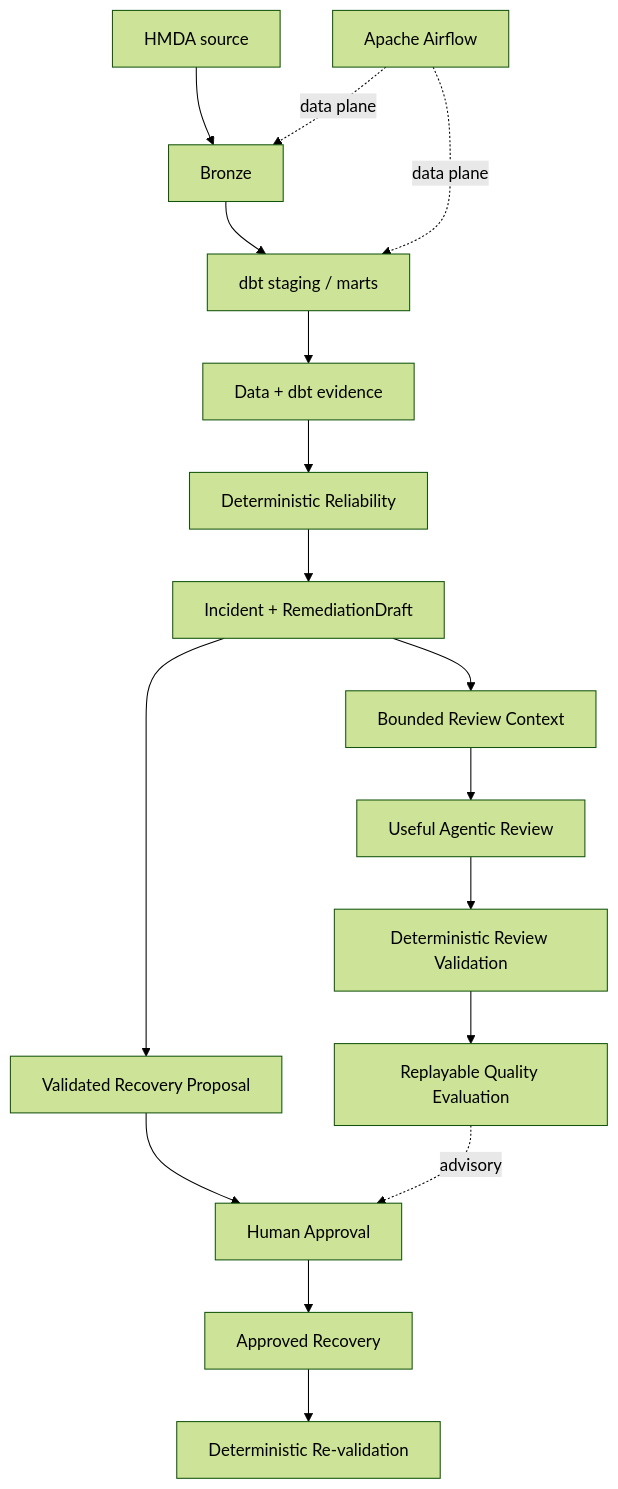
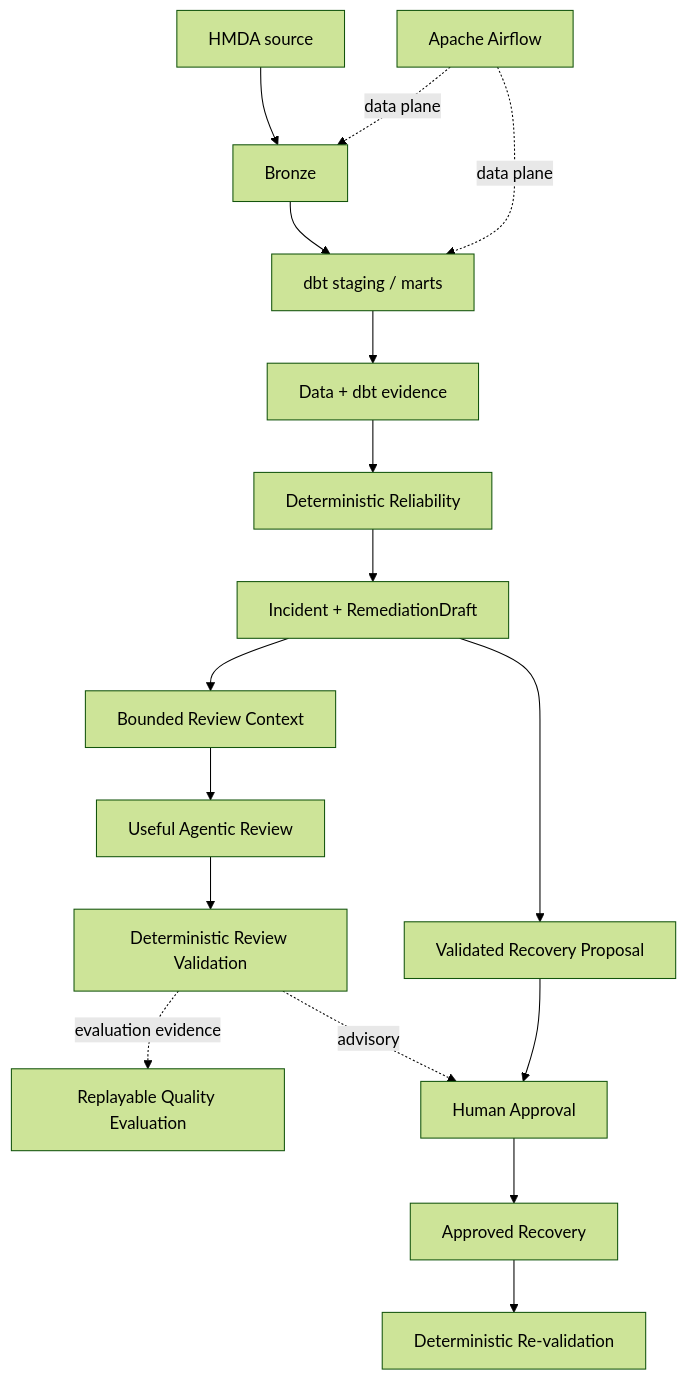
One commit to mols3131d/hmda-data-reliability changed the diagram in docs/mvp.md. Above: the diagram before and after it, drawn with Mermaid (forest theme). The commit also changed other lines of this file, not shown here.

````diff
--- a/docs/mvp.md
+++ b/docs/mvp.md
@@ -47,22 +47,22 @@
 ```mermaid
 flowchart TB
     source["HMDA source"] --> bronze["Bronze"]
     bronze --> analytical["dbt staging / marts"]
     analytical --> evidence["Data + dbt evidence"]
     evidence --> reliability["Deterministic Reliability"]
     reliability --> incident["Incident + RemediationDraft"]
     incident --> context["Bounded Review Context"]
 
     context --> agent["Useful Agentic Review"]
     agent --> guard["Deterministic Review Validation"]
-    guard --> evaluation["Replayable Quality Evaluation"]
+    guard -. evaluation evidence .-> evaluation["Replayable Quality Evaluation"]
 
     incident --> proposal["Validated Recovery Proposal"]
     proposal --> human["Human Approval"]
-    evaluation -. advisory .-> human
+    guard -. advisory .-> human
     human --> recovery["Approved Recovery"]
     recovery --> verify["Deterministic Re-validation"]
 
     airflow["Apache Airflow"] -. data plane .-> bronze
     airflow -. data plane .-> analytical
 ```
````
